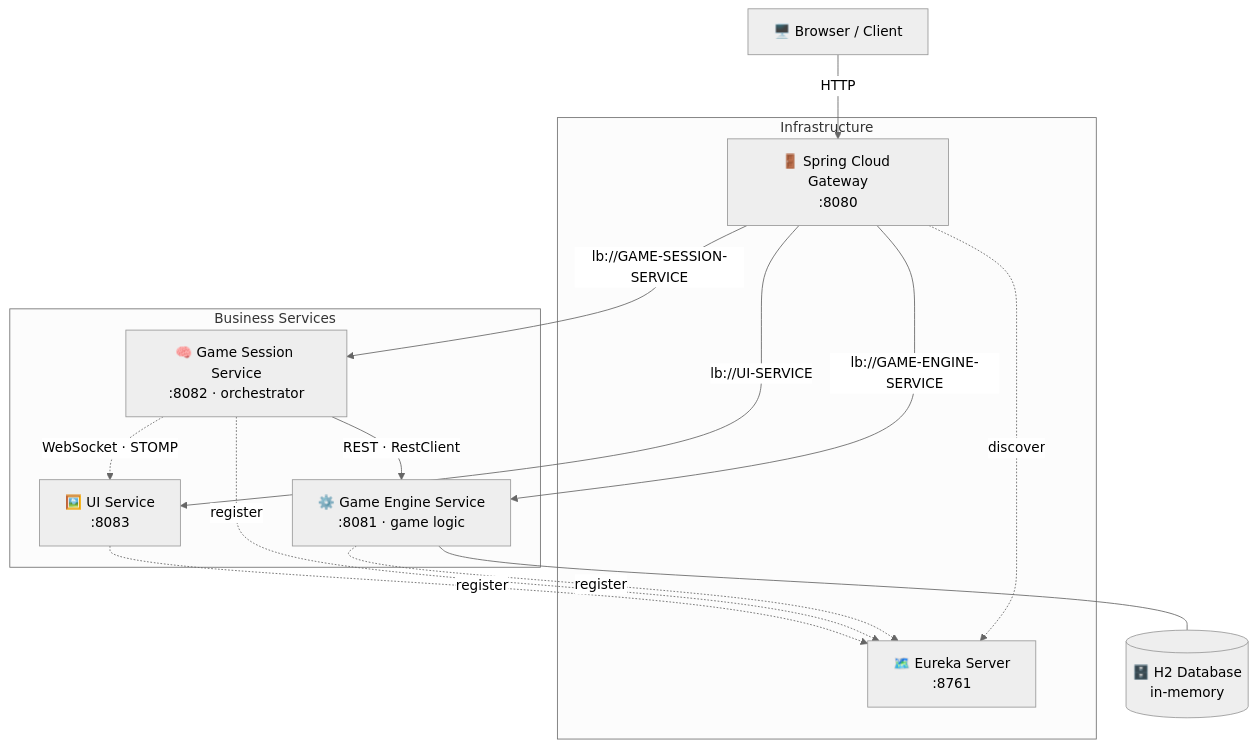
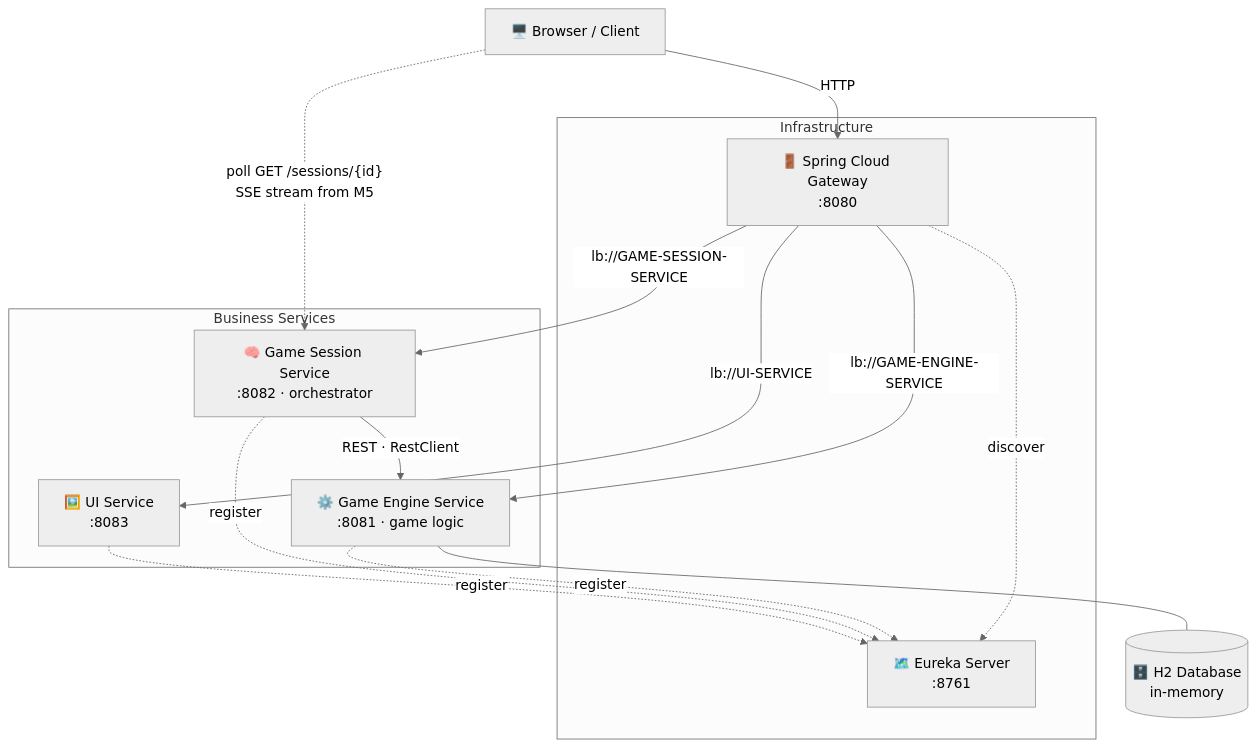
Before and after one commit to andrey56097/tik-tak-toe: the first of 2 diagrams in README.md, drawn with Mermaid (neutral theme). The commit also changed other lines of this file and 1 other file, not shown here.

````diff
--- a/README.md
+++ b/README.md
@@ -105,30 +105,30 @@
 ```mermaid
 flowchart TB
     Browser["🖥️ Browser / Client"]
 
     subgraph Infra["Infrastructure"]
         Eureka["🗺️ Eureka Server<br/>:8761"]
         Gateway["🚪 Spring Cloud Gateway<br/>:8080"]
     end
 
     subgraph Services["Business Services"]
         UI["🖼️ UI Service<br/>:8083"]
         Session["🧠 Game Session Service<br/>:8082 · orchestrator"]
         Engine["⚙️ Game Engine Service<br/>:8081 · game logic"]
     end
 
     Engine --- DB[("🗄️ H2 Database<br/>in-memory")]
 
     Browser -->|HTTP| Gateway
     Gateway -->|lb://UI-SERVICE| UI
     Gateway -->|lb://GAME-SESSION-SERVICE| Session
     Gateway -->|lb://GAME-ENGINE-SERVICE| Engine
 
     Session -->|REST · RestClient| Engine
-    Session -.->|WebSocket · STOMP| UI
+    Browser -.->|"poll GET /sessions/{id}<br/>SSE stream from M5"| Session
 
     UI -.->|register| Eureka
     Session -.->|register| Eureka
     Engine -.->|register| Eureka
     Gateway -.->|discover| Eureka
 ```
````
